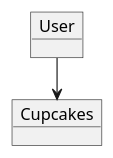
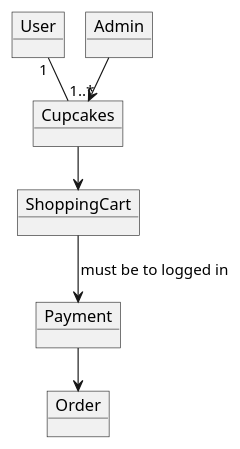
Before and after one commit to Hanibans/Cupcake-teamb: the diagram in docs/domainmodel.puml, drawn with PlantUML.

Commit message:
domænemodelv1 færdig

```diff
--- a/docs/domainmodel.puml
+++ b/docs/domainmodel.puml
@@ -1,9 +1,19 @@
 @startuml
 !pragma layout smetana
 
 object User
 object Cupcakes
+object Admin
+object Order
+object Payment
+object ShoppingCart
 
-User --> Cupcakes
+
+
+User "1"--"1..*" Cupcakes
+Cupcakes --> ShoppingCart
+ShoppingCart --> Payment :must be to logged in
+Payment --> Order
+Admin --> Cupcakes
 
 @enduml
```
